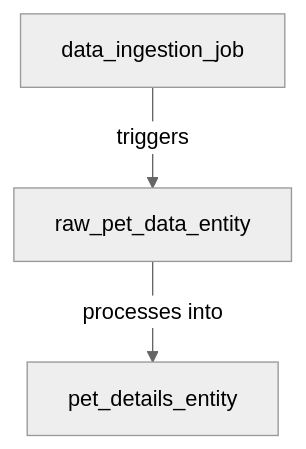
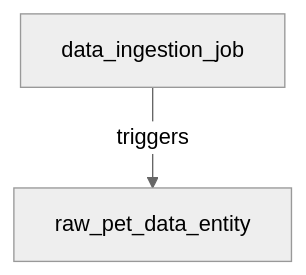
Before and after one commit to Ksenniya/quart-client-template: the third of 3 diagrams in entity/app_design_prd.md, drawn with Mermaid (neutral theme). The commit also changed other lines of this file, not shown here.

Commit message:
saved entity/app_design_prd.md: f1fa62fb-dd02-11ef-82f5-40c2ba0ac9eb

````diff
--- a/entity/app_design_prd.md
+++ b/entity/app_design_prd.md
@@ -62,5 +59,4 @@
 ```mermaid
 graph TD;
     A[data_ingestion_job] -->|triggers| B[raw_pet_data_entity];
-    B -->|processes into| C[pet_details_entity];
 ```
````
